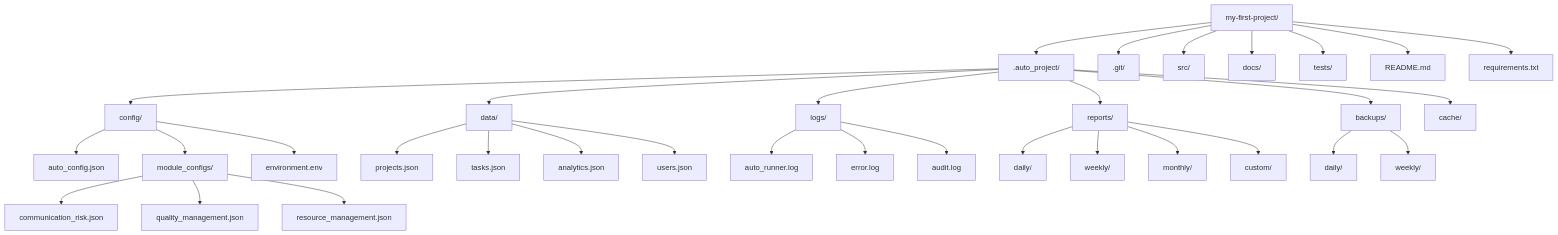
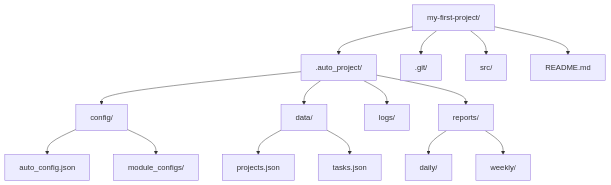
The first of 13 diagrams in Docs/entire_project/Quick_Start_Guide/Quick_Start_Guide.md (Shakour-Data/AutoProjectManagement), drawn with Mermaid before and after one commit. The commit also changed other lines of this file, not shown here.

Commit message:
Auto-commit: 2 file(s) updated

````diff
--- a/Docs/entire_project/Quick_Start_Guide/Quick_Start_Guide.md
+++ b/Docs/entire_project/Quick_Start_Guide/Quick_Start_Guide.md
@@ -360,42 +108,19 @@
 ```mermaid
 graph TD
     A[my-first-project/] --> B[.auto_project/]
     A --> C[.git/]
     A --> D[src/]
-    A --> E[docs/]
-    A --> F[tests/]
-    A --> G[README.md]
-    A --> H[requirements.txt]
+    A --> E[README.md]
     
-    B --> I[config/]
-    B --> J[data/]
-    B --> K[logs/]
-    B --> L[reports/]
-    B --> M[backups/]
-    B --> N[cache/]
+    B --> F[config/]
+    B --> G[data/]
+    B --> H[logs/]
+    B --> I[reports/]
     
-    I --> O[auto_config.json]
-    I --> P[module_configs/]
-    I --> Q[environment.env]
-    
-    J --> R[projects.json]
-    J --> S[tasks.json]
-    J --> T[analytics.json]
-    J --> U[users.json]
-    
-    K --> V[auto_runner.log]
-    K --> W[error.log]
-    K --> X[audit.log]
-    
-    L --> Y[daily/]
-    L --> Z[weekly/]
-    L --> AA[monthly/]
-    L --> AB[custom/]
-    
-    M --> AC[daily/]
-    M --> AD[weekly/]
-    
-    P --> AE[communication_risk.json]
-    P --> AF[quality_management.json]
-    P --> AG[resource_management.json]
+    F --> J[auto_config.json]
+    F --> K[module_configs/]
+    G --> L[projects.json]
+    G --> M[tasks.json]
+    I --> N[daily/]
+    I --> O[weekly/]
 ```
````
